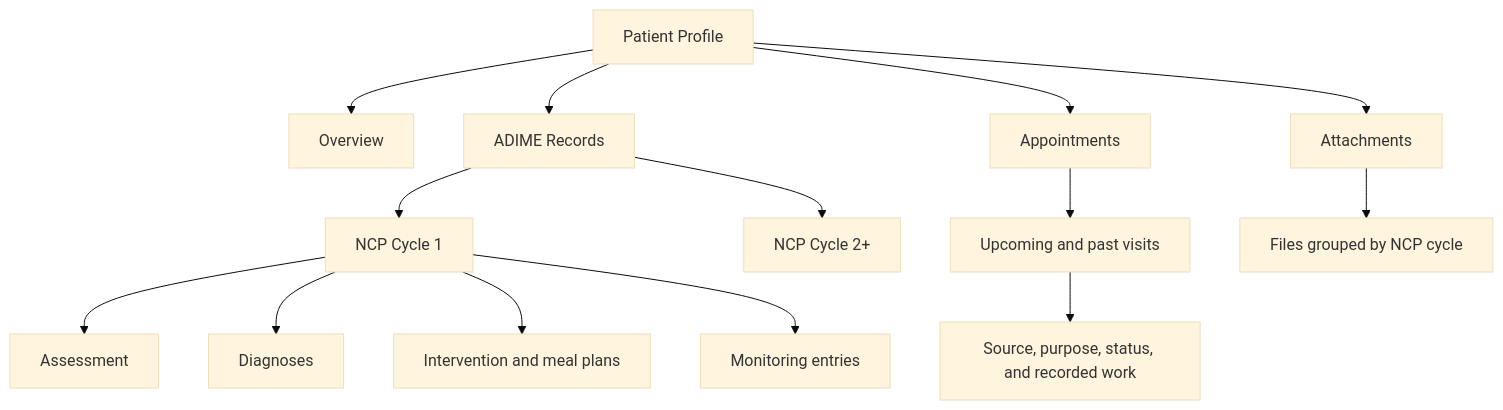
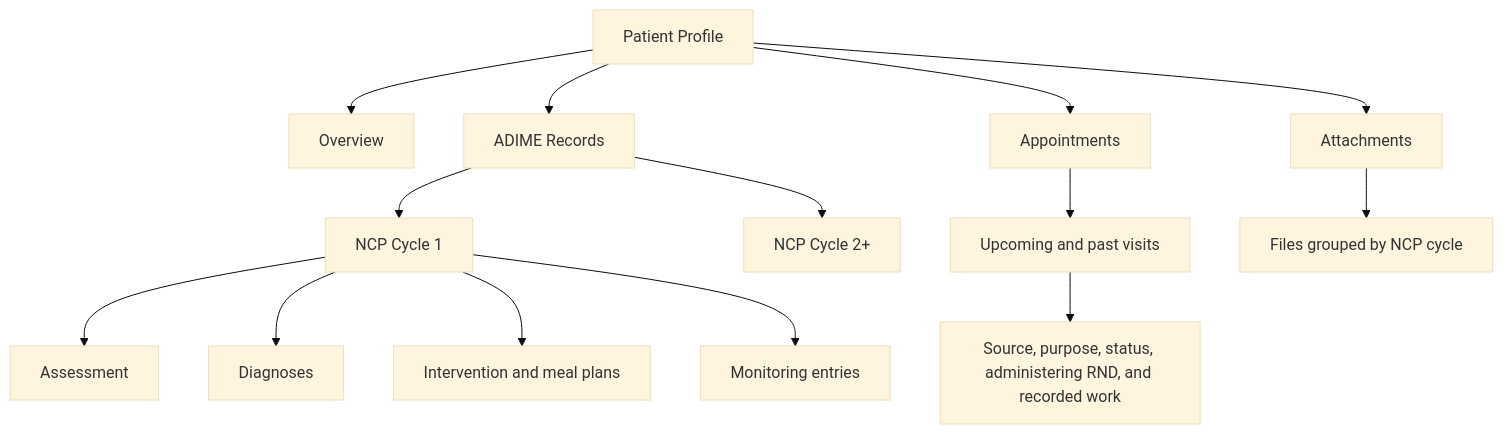
The third of 3 diagrams in docs/modules/Flowcharts/Clinical Care (NCP) Operations.md (ja2gc/Nutriscope), drawn with Mermaid (base theme) before and after one commit. The commit also changed other lines of this file and 91 other files, not shown here.

First line of the commit message:
feat(ncp): finish visit and history flows

````diff
--- a/docs/modules/Flowcharts/Clinical Care (NCP) Operations.md
+++ b/docs/modules/Flowcharts/Clinical Care (NCP) Operations.md
@@ -80,16 +80,16 @@
 ```mermaid
 flowchart TD
     P["Patient Profile"] --> O["Overview"]
     P --> A["ADIME Records"]
     P --> V0["Appointments"]
     P --> F["Attachments"]
     A --> C1["NCP Cycle 1"]
     A --> C2["NCP Cycle 2+"]
     C1 --> S1["Assessment"]
     C1 --> S2["Diagnoses"]
     C1 --> S3["Intervention and meal plans"]
     C1 --> S4["Monitoring entries"]
     V0 --> V1["Upcoming and past visits"]
-    V1 --> V2["Source, purpose, status, and recorded work"]
+    V1 --> V2["Source, purpose, status, administering RND, and recorded work"]
     F --> F1["Files grouped by NCP cycle"]
 ```
````
